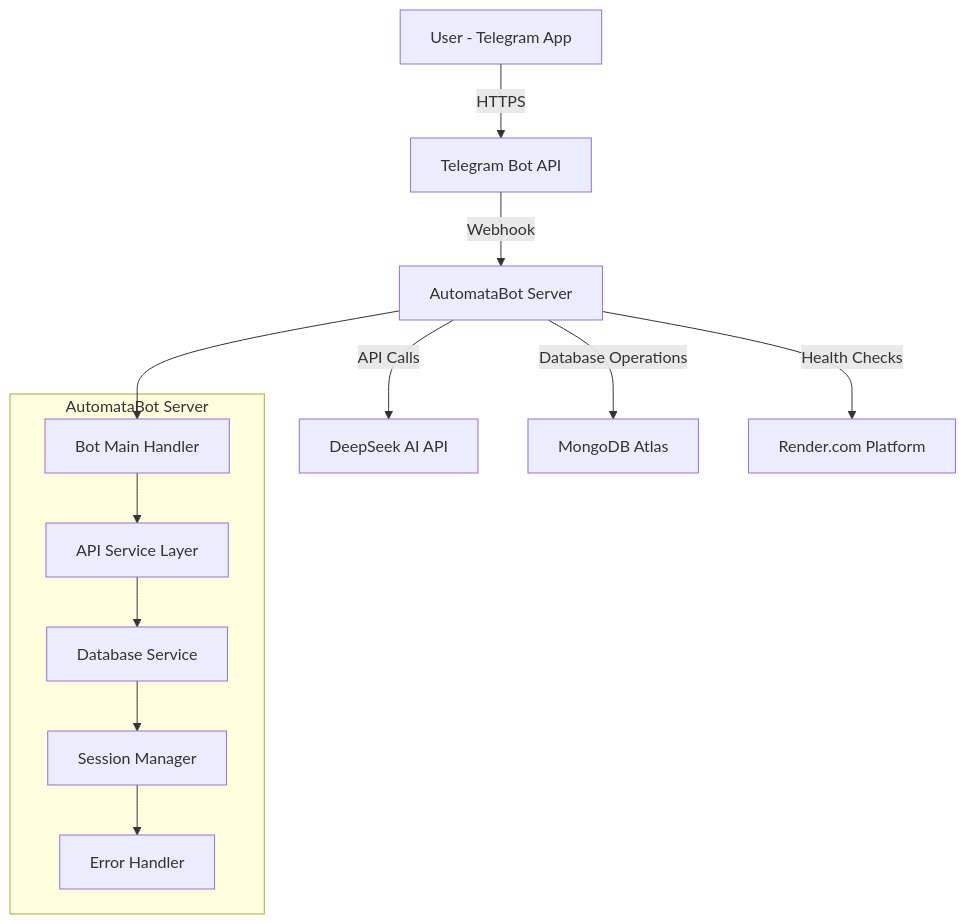
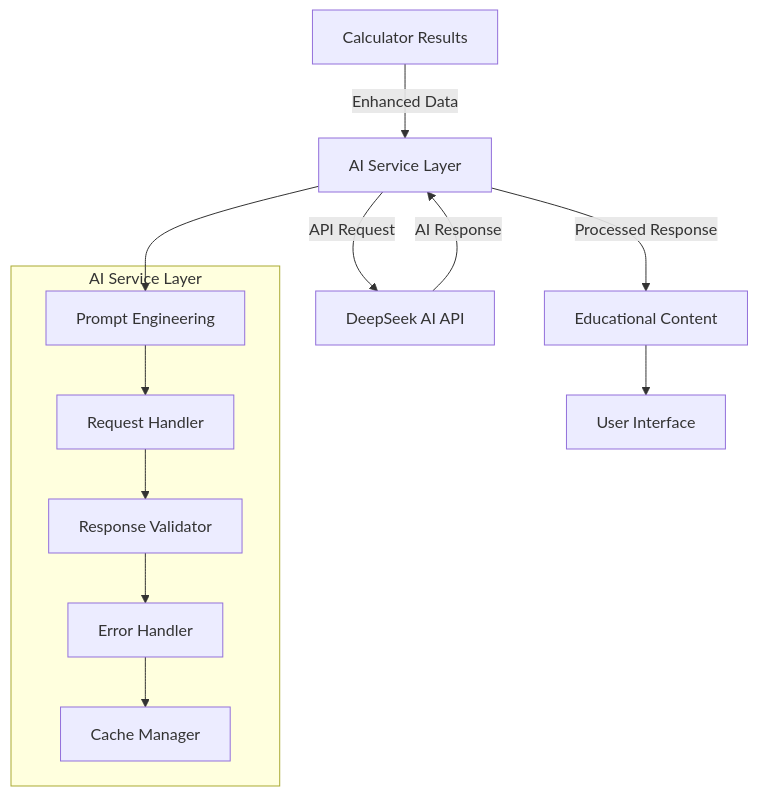
The first of 2 diagrams in API_Integration_and_Test_Input_Report.md (Choeng-Rayu/Project-Automata), drawn with Mermaid before and after one commit. The commit also changed other lines of this file, not shown here.

````diff
--- a/API_Integration_and_Test_Input_Report.md
+++ b/API_Integration_and_Test_Input_Report.md
@@ -81,22 +81,22 @@
 ```mermaid
 graph TB
-    A[User - Telegram App] -->|HTTPS| B[Telegram Bot API]
-    B -->|Webhook| C[AutomataBot Server]
-    C -->|API Calls| D[DeepSeek AI API]
-    C -->|Database Operations| E[MongoDB Atlas]
-    C -->|Health Checks| F[Render.com Platform]
+    A[Calculator Results] -->|Enhanced Data| B[AI Service Layer]
+    B -->|API Request| C[DeepSeek AI API]
+    C -->|AI Response| B
+    B -->|Processed Response| D[Educational Content]
+    D --> E[User Interface]
     
-    subgraph "AutomataBot Server"
-        C1[Bot Main Handler]
-        C2[API Service Layer]
-        C3[Database Service]
-        C4[Session Manager]
-        C5[Error Handler]
+    subgraph "AI Service Layer"
+        B1[Prompt Engineering]
+        B2[Request Handler]
+        B3[Response Validator]
+        B4[Error Handler]
+        B5[Cache Manager]
     end
     
-    C --> C1
-    C1 --> C2
-    C2 --> C3
-    C3 --> C4
-    C4 --> C5
+    B --> B1
+    B1 --> B2
+    B2 --> B3
+    B3 --> B4
+    B4 --> B5
 ```
````
